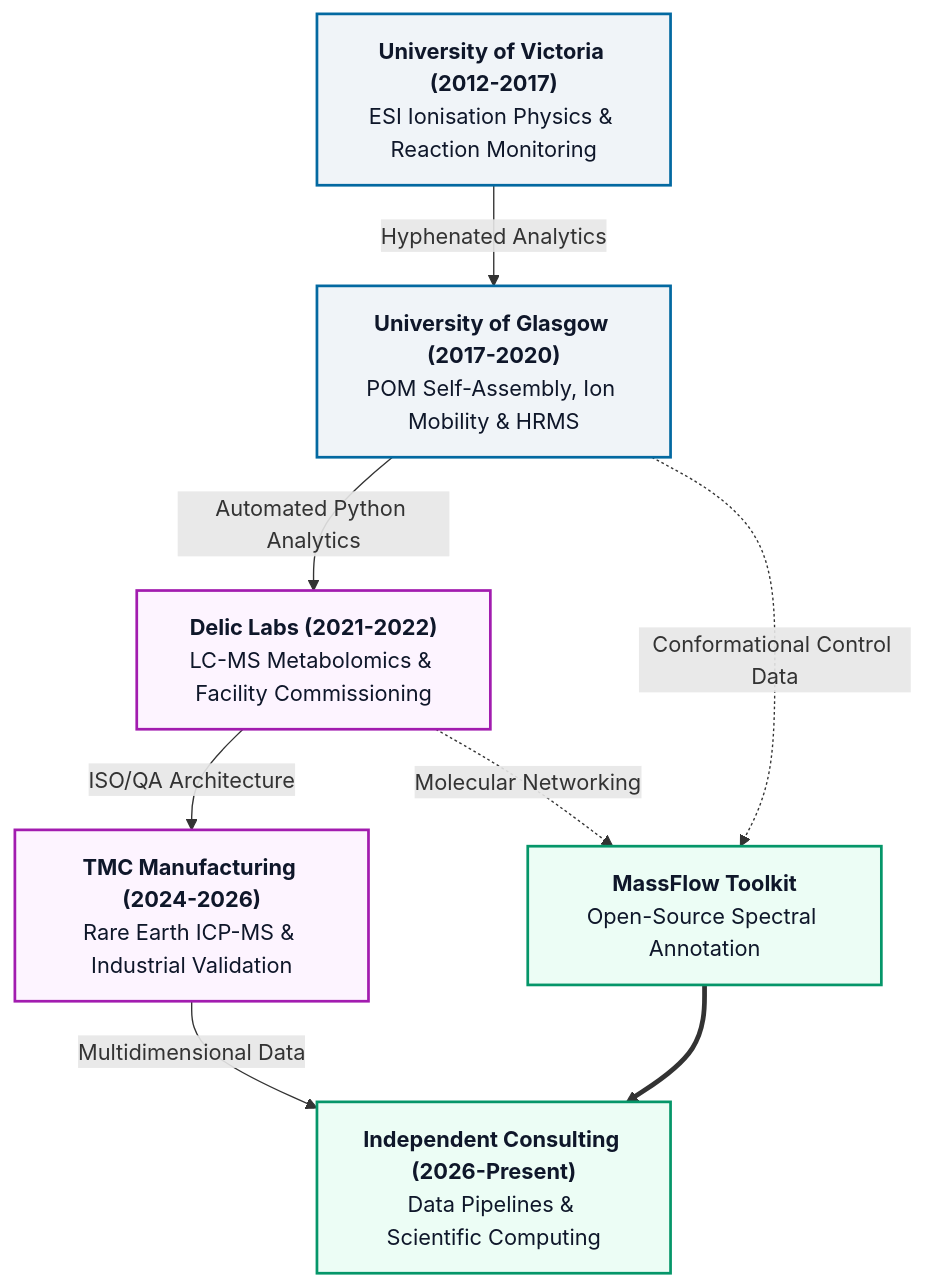
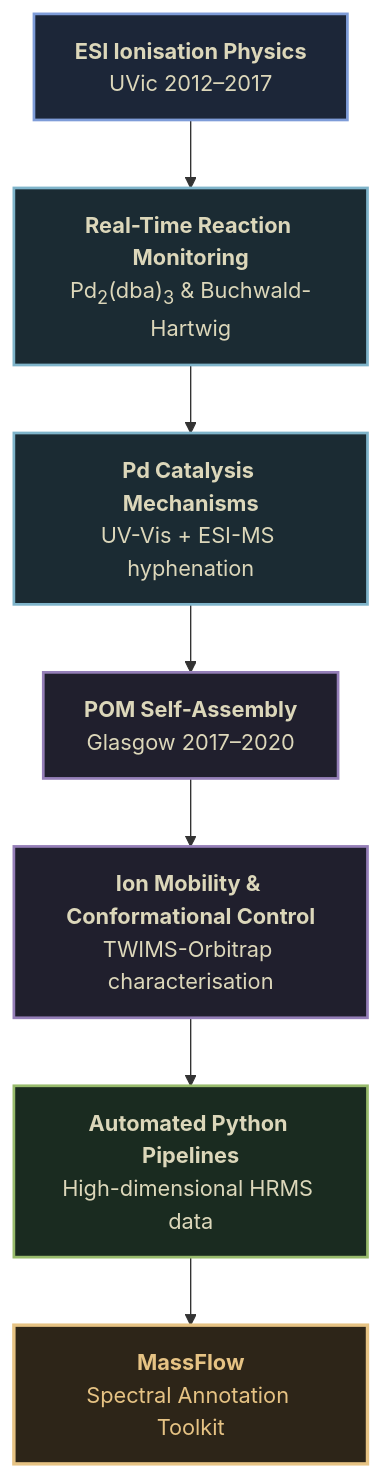
Before and after one commit to janusson/janusson.github.io: the diagram in src/pages/about.md, drawn with Mermaid. The commit also changed other lines of this file and 14 other files, not shown here.

````diff
--- a/src/pages/about.md
+++ b/src/pages/about.md
@@ -17,26 +19,24 @@
 ```mermaid
 graph TD
-    %% Styling Classes
-    classDef academic fill:#f0f4f8,stroke:#0369a1,stroke-width:2px,color:#0f172a;
-    classDef industry fill:#fdf4ff,stroke:#a21caf,stroke-width:2px,color:#0f172a;
-    classDef software fill:#ecfdf5,stroke:#059669,stroke-width:2px,color:#0f172a;
+    %% Kanagawa-themed dark styling
+    classDef physics fill:#1c2638,stroke:#7E9CD8,stroke-width:2px,color:#DCD7BA;
+    classDef catalysis fill:#1b2b33,stroke:#7FB4CA,stroke-width:2px,color:#DCD7BA;
+    classDef nano fill:#201f2d,stroke:#957FB8,stroke-width:2px,color:#DCD7BA;
+    classDef comp fill:#1a2b20,stroke:#98BB6C,stroke-width:2px,color:#DCD7BA;
+    classDef endpoint fill:#2d2518,stroke:#E6C384,stroke-width:2.5px,color:#E6C384;
 
-    %% Nodes
-    A["<b>University of Victoria (2012-2017)</b><br/>ESI Ionisation Physics & Reaction Monitoring"]:::academic
-    B["<b>University of Glasgow (2017-2020)</b><br/>POM Self-Assembly, Ion Mobility & HRMS"]:::academic
-    C["<b>Delic Labs (2021-2022)</b><br/>LC-MS Metabolomics & Facility Commissioning"]:::industry
-    D["<b>TMC Manufacturing (2024-2026)</b><br/>Rare Earth ICP-MS & Industrial Validation"]:::industry
-    E["<b>MassFlow Toolkit</b><br/>Open-Source Spectral Annotation"]:::software
-    F["<b>Independent Consulting (2026-Present)</b><br/>Data Pipelines & Scientific Computing"]:::software
+    A["<b>ESI Ionisation Physics</b><br/>UVic 2012&ndash;2017"]:::physics
+    B["<b>Real-Time Reaction Monitoring</b><br/>Pd<sub>2</sub>(dba)<sub>3</sub> &amp; Buchwald-Hartwig"]:::catalysis
+    C["<b>Pd Catalysis Mechanisms</b><br/>UV-Vis + ESI-MS hyphenation"]:::catalysis
+    D["<b>POM Self-Assembly</b><br/>Glasgow 2017&ndash;2020"]:::nano
+    E["<b>Ion Mobility &amp; Conformational Control</b><br/>TWIMS-Orbitrap characterisation"]:::nano
+    F["<b>Automated Python Pipelines</b><br/>High-dimensional HRMS data"]:::comp
+    G["<b>MassFlow</b><br/>Spectral Annotation Toolkit"]:::endpoint
 
-    %% Core Timeline Flow
-    A -->|Hyphenated Analytics| B
-    B -->|Automated Python Analytics| C
-    C -->|ISO/QA Architecture| D
-    D -->|Multidimensional Data| F
-
-    %% Thematic Intersections
-    B -.->|Conformational Control Data| E
-    C -.->|Molecular Networking| E
-    E ==> F
+    A --> B
+    B --> C
+    C --> D
+    D --> E
+    E --> F
+    F --> G
 ```
````
